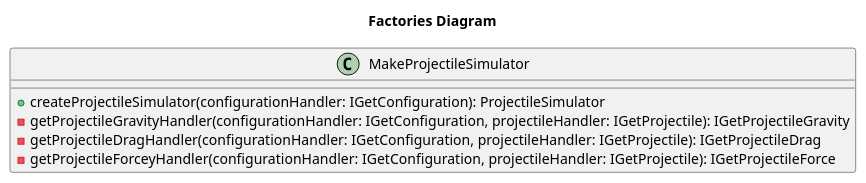
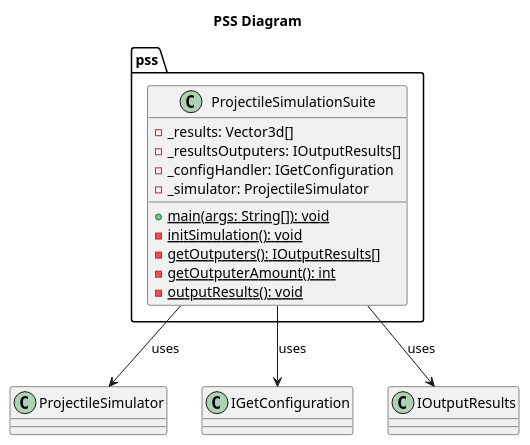
One commit to katanallama/projectile-simulation-suite changed the seventh of 8 diagrams in docs/res/design.org. Above: the diagram before and after it, drawn with PlantUML. The commit also changed other lines of this file and 12 other files, not shown here.

```diff
--- a/docs/res/design.org
+++ b/docs/res/design.org
@@ -187,13 +315,24 @@
-#+begin_src plantuml :file factories.png
+#+begin_src plantuml :file pss.png
 @startuml
-title Factories Diagram
+title PSS Diagram
 
-class "MakeProjectileSimulator" as MakeProjectileSimulator {
-  +createProjectileSimulator(configurationHandler: IGetConfiguration): ProjectileSimulator
-  -getProjectileGravityHandler(configurationHandler: IGetConfiguration, projectileHandler: IGetProjectile): IGetProjectileGravity
-  -getProjectileDragHandler(configurationHandler: IGetConfiguration, projectileHandler: IGetProjectile): IGetProjectileDrag
-  -getProjectileForceyHandler(configurationHandler: IGetConfiguration, projectileHandler: IGetProjectile): IGetProjectileForce
+package pss {
+    class "ProjectileSimulationSuite" as ProjectileSimulationSuite {
+        -_results: Vector3d[]
+        -_resultsOutputers: IOutputResults[]
+        -_configHandler: IGetConfiguration
+        -_simulator: ProjectileSimulator
+        +{static} main(args: String[]): void
+        -{static} initSimulation(): void
+        -{static} getOutputers(): IOutputResults[]
+        -{static} getOutputerAmount(): int
+        -{static} outputResults(): void
+    }
 }
+
+ProjectileSimulationSuite --> ProjectileSimulator : uses
+ProjectileSimulationSuite --> IGetConfiguration : uses
+ProjectileSimulationSuite --> IOutputResults : uses
 
 @enduml
 #+end_src
```
